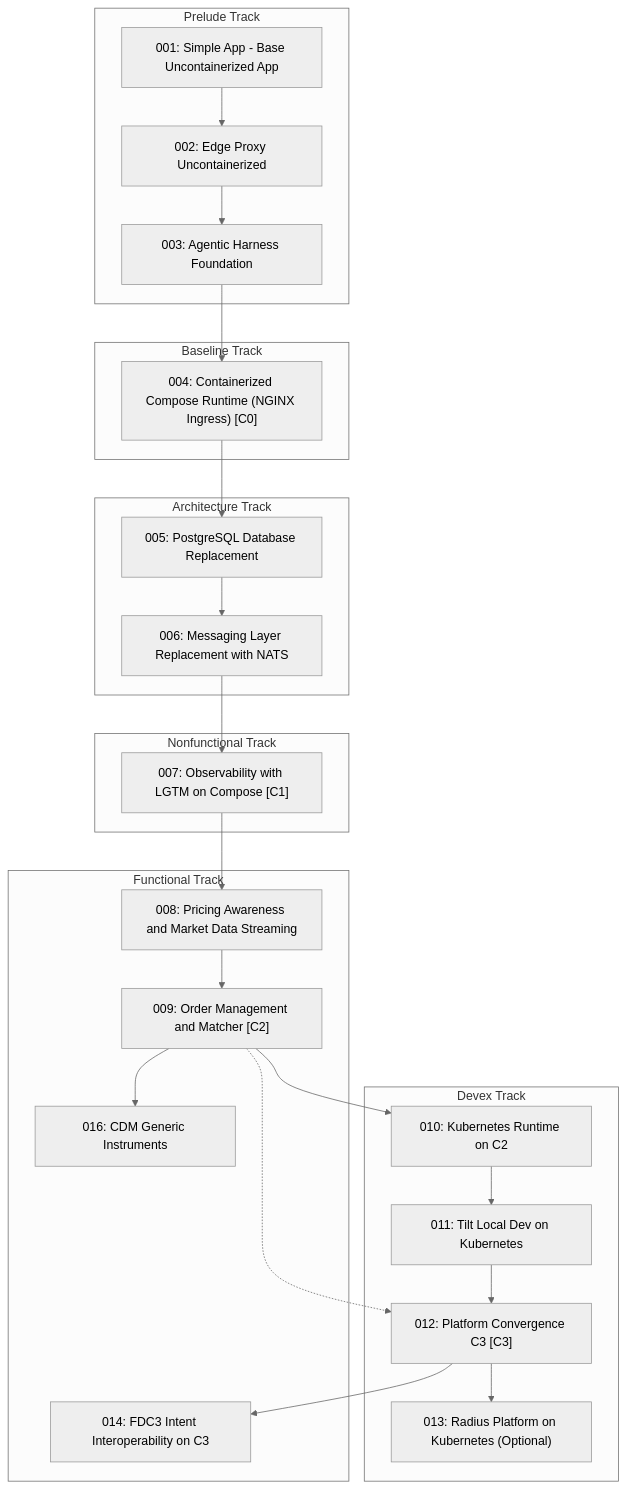
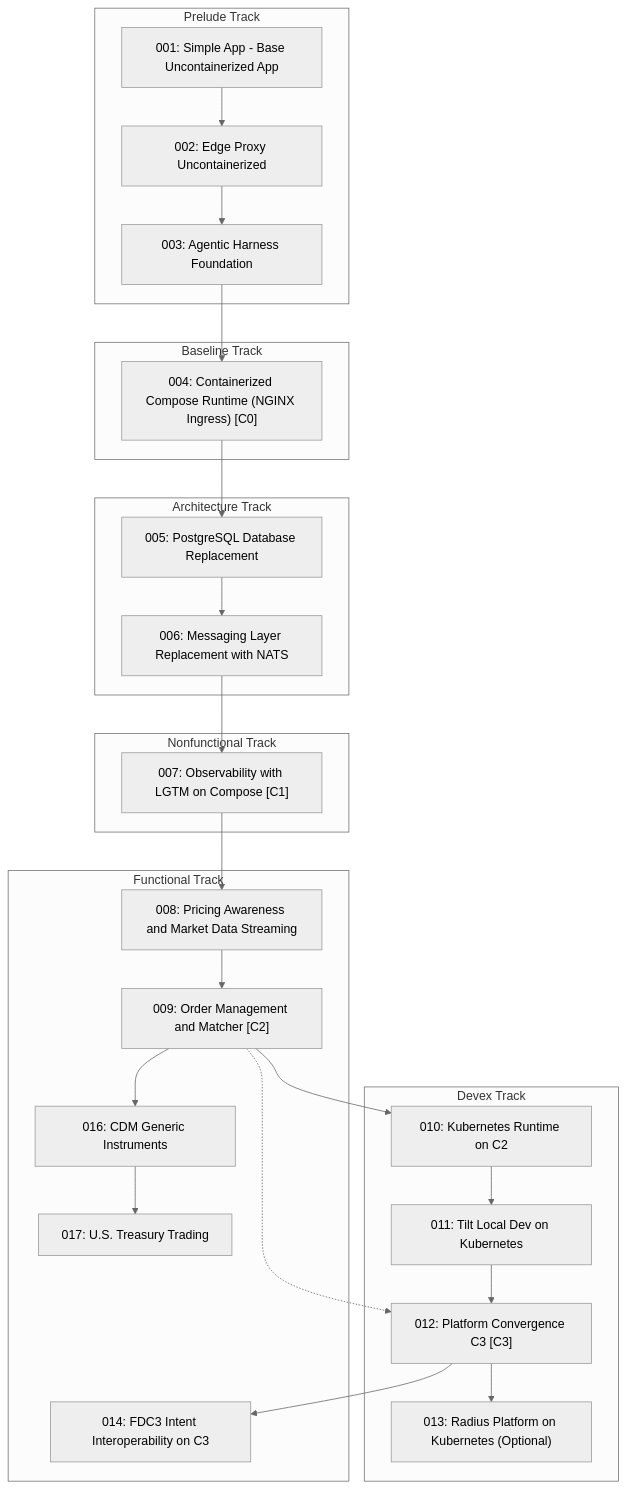
One commit to jduitz/traderX changed the third of 3 diagrams in docs/learning-paths/index.md. Above: the diagram before and after it, drawn with Mermaid (neutral theme). The commit also changed other lines of this file and 67 other files, not shown here.

Commit message:
Implement State 017 U.S. Treasury trading

````diff
--- a/docs/learning-paths/index.md
+++ b/docs/learning-paths/index.md
@@ -112,46 +116,48 @@
 ```mermaid
 flowchart TB
   subgraph PRELUDE["Prelude Track"]
     S001_baseline_uncontainerized_parity["001: Simple App - Base Uncontainerized App"]
     S002_edge_proxy_uncontainerized["002: Edge Proxy Uncontainerized"]
     S003_agentic_harness_foundation["003: Agentic Harness Foundation"]
   end
   subgraph BASELINE["Baseline Track"]
     S004_containerized_compose_runtime["004: Containerized Compose Runtime (NGINX Ingress) [C0]"]
   end
   subgraph ARCHITECTURE["Architecture Track"]
     S005_postgres_database_replacement["005: PostgreSQL Database Replacement"]
     S006_messaging_nats_replacement["006: Messaging Layer Replacement with NATS"]
   end
   subgraph NONFUNCTIONAL["Nonfunctional Track"]
     S007_observability_lgtm_compose["007: Observability with LGTM on Compose [C1]"]
   end
   subgraph FUNCTIONAL["Functional Track"]
     S008_pricing_awareness_market_data["008: Pricing Awareness and Market Data Streaming"]
     S009_order_management_matcher["009: Order Management and Matcher [C2]"]
     S014_fdc3_intent_interoperability["014: FDC3 Intent Interoperability on C3"]
     S016_cdm_generic_instruments["016: CDM Generic Instruments"]
+    S017_us_treasury_trading["017: U.S. Treasury Trading"]
   end
   subgraph DEVEX["Devex Track"]
     S010_kubernetes_runtime["010: Kubernetes Runtime on C2"]
     S011_tilt_kubernetes_dev_loop["011: Tilt Local Dev on Kubernetes"]
     S012_platform_convergence_c3["012: Platform Convergence C3 [C3]"]
     S013_radius_kubernetes_platform["013: Radius Platform on Kubernetes (Optional)"]
   end
   S001_baseline_uncontainerized_parity --> S002_edge_proxy_uncontainerized
   S002_edge_proxy_uncontainerized --> S003_agentic_harness_foundation
   S003_agentic_harness_foundation --> S004_containerized_compose_runtime
   S004_containerized_compose_runtime --> S005_postgres_database_replacement
   S005_postgres_database_replacement --> S006_messaging_nats_replacement
   S006_messaging_nats_replacement --> S007_observability_lgtm_compose
   S007_observability_lgtm_compose --> S008_pricing_awareness_market_data
   S008_pricing_awareness_market_data --> S009_order_management_matcher
   S009_order_management_matcher --> S010_kubernetes_runtime
   S010_kubernetes_runtime --> S011_tilt_kubernetes_dev_loop
   S011_tilt_kubernetes_dev_loop --> S012_platform_convergence_c3
   S012_platform_convergence_c3 --> S013_radius_kubernetes_platform
   S012_platform_convergence_c3 --> S014_fdc3_intent_interoperability
   S009_order_management_matcher --> S016_cdm_generic_instruments
+  S016_cdm_generic_instruments --> S017_us_treasury_trading
   S009_order_management_matcher -.-> S012_platform_convergence_c3
   classDef convergence fill:#d7f5dd,stroke:#2e7d32,stroke-width:2px
 ```
````
